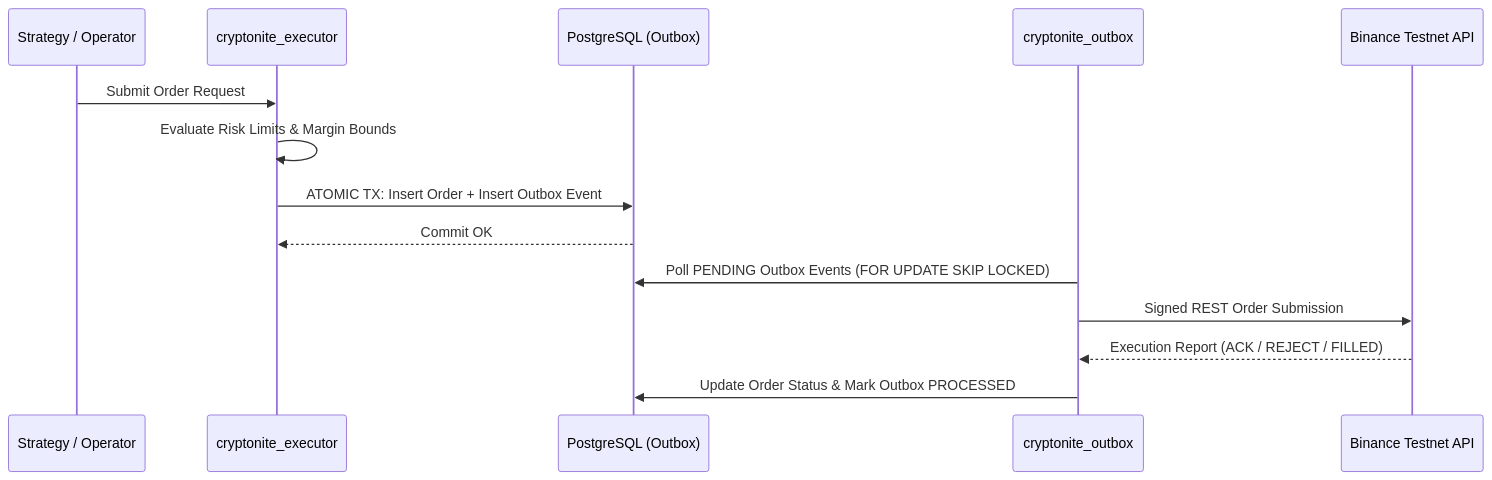
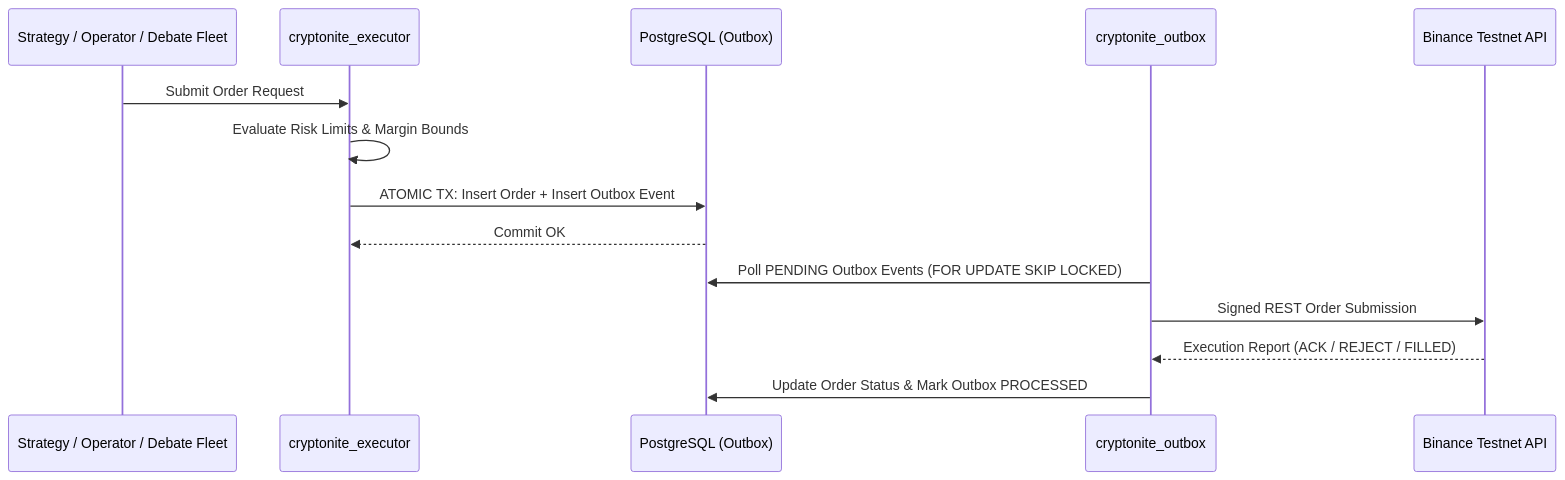
Before and after one commit to sayegh9/cryptonite: the second of 2 diagrams in README.md, drawn with Mermaid. The commit also changed other lines of this file and 4 other files, not shown here.

Commit message:
docs: refresh README, manuals, kill-switch runbook, and add architecture contract map

````diff
--- a/README.md
+++ b/README.md
@@ -123,17 +138,17 @@
 ```mermaid
 sequenceDiagram
-    participant Strategy as Strategy / Operator
+    participant Strategy as Strategy / Operator / Debate Fleet
     participant Executor as cryptonite_executor
     participant DB as PostgreSQL (Outbox)
     participant OutboxService as cryptonite_outbox
     participant Exchange as Binance Testnet API
 
     Strategy->>Executor: Submit Order Request
     Executor->>Executor: Evaluate Risk Limits & Margin Bounds
     Executor->>DB: ATOMIC TX: Insert Order + Insert Outbox Event
     DB-->>Executor: Commit OK
     OutboxService->>DB: Poll PENDING Outbox Events (FOR UPDATE SKIP LOCKED)
     OutboxService->>Exchange: Signed REST Order Submission
     Exchange-->>OutboxService: Execution Report (ACK / REJECT / FILLED)
     OutboxService->>DB: Update Order Status & Mark Outbox PROCESSED
 ```
````
